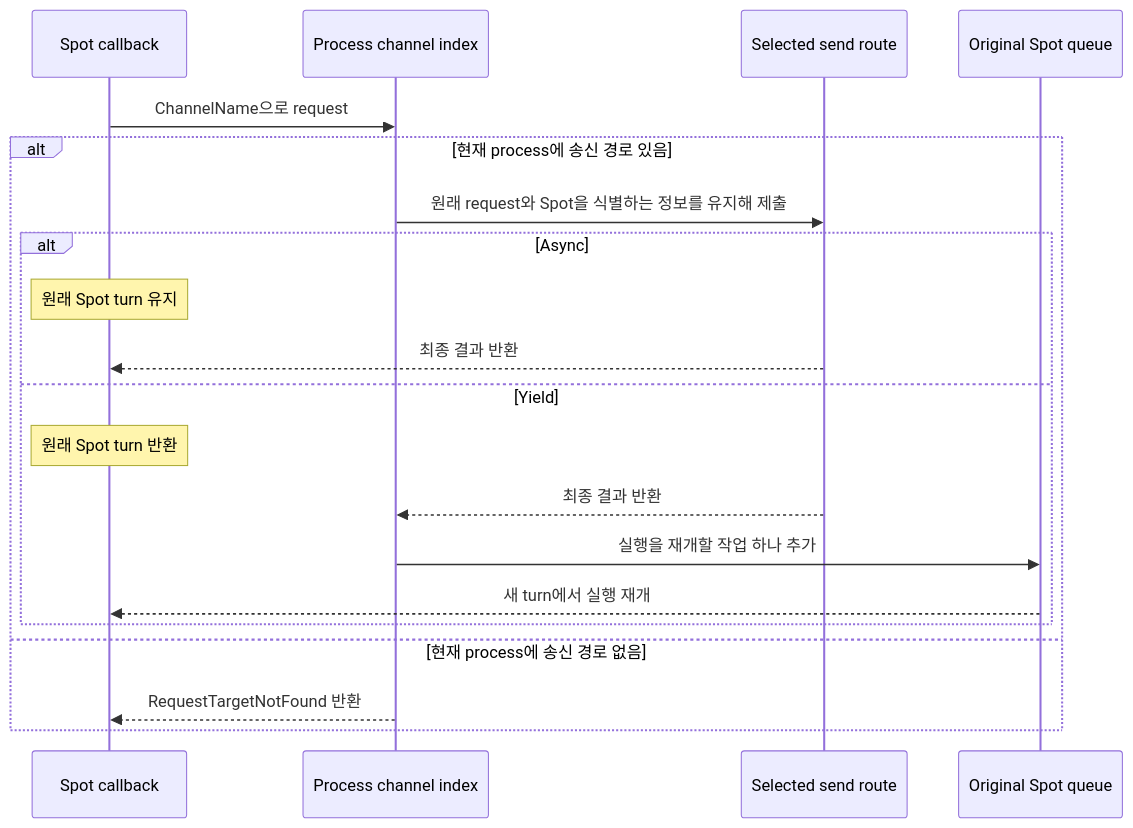
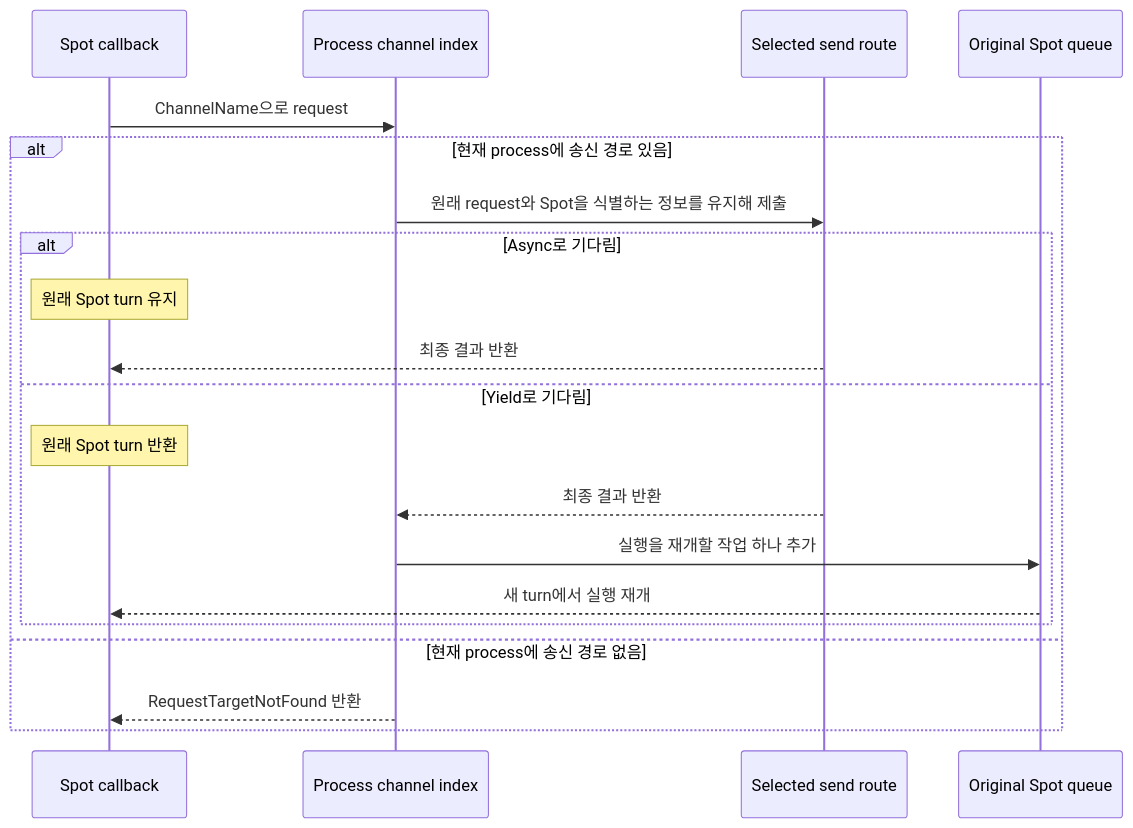
The second of 3 diagrams in framework/doc/framework/common/spec/20-spot-messaging.ko.md (kairos-code-dev/zlink), drawn with Mermaid before and after one commit. The commit also changed other lines of this file and 385 other files, not shown here.

````diff
--- a/framework/doc/framework/common/spec/20-spot-messaging.ko.md
+++ b/framework/doc/framework/common/spec/20-spot-messaging.ko.md
@@ -582,23 +582,23 @@
 ```mermaid
 sequenceDiagram
     participant Spot as Spot callback
     participant Index as Process channel index
     participant Route as Selected send route
     participant Queue as Original Spot queue
 
     Spot->>Index: ChannelName으로 request
     alt 현재 process에 송신 경로 있음
         Index->>Route: 원래 request와 Spot을 식별하는 정보를 유지해 제출
-        alt Async
+        alt Async로 기다림
             Note over Spot: 원래 Spot turn 유지
             Route-->>Spot: 최종 결과 반환
-        else Yield
+        else Yield로 기다림
             Note over Spot: 원래 Spot turn 반환
             Route-->>Index: 최종 결과 반환
             Index->>Queue: 실행을 재개할 작업 하나 추가
             Queue-->>Spot: 새 turn에서 실행 재개
         end
     else 현재 process에 송신 경로 없음
         Index-->>Spot: RequestTargetNotFound 반환
     end
 ```
````
